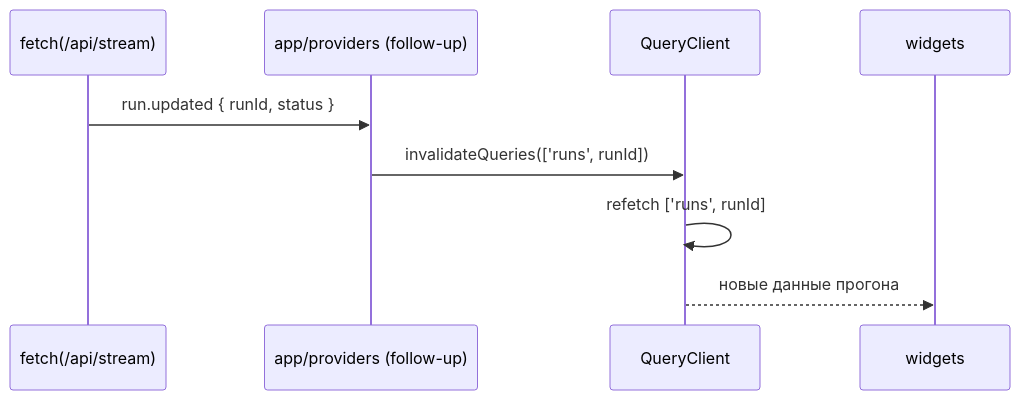
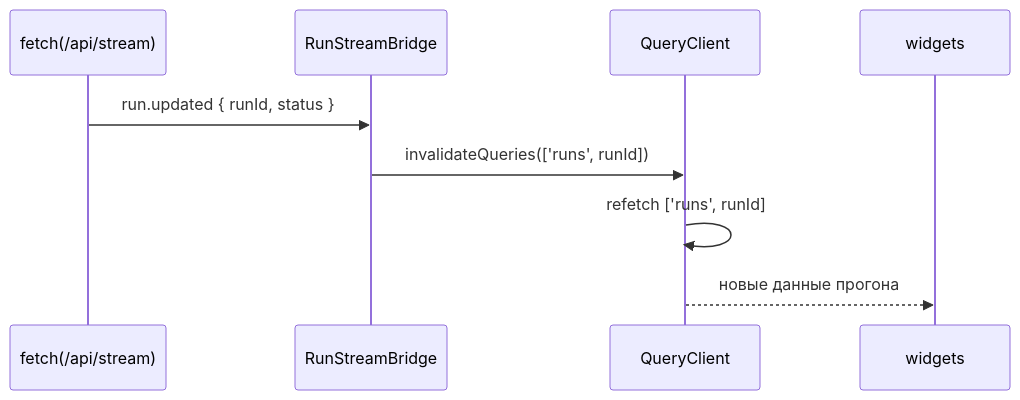
The second of 3 diagrams in docs/FRONTEND_ARCHITECTURE.md (larchanka-training/dmc-268-ui-t6), drawn with Mermaid before and after one commit. The commit also changed other lines of this file and 98 other files, not shown here.

````diff
--- a/docs/FRONTEND_ARCHITECTURE.md
+++ b/docs/FRONTEND_ARCHITECTURE.md
@@ -298,12 +341,12 @@
 ```mermaid
 sequenceDiagram
   participant SSE as fetch(/api/stream)
-  participant Bridge as app/providers (follow-up)
+  participant Bridge as RunStreamBridge
   participant QC as QueryClient
   participant UI as widgets
 
   SSE->>Bridge: run.updated { runId, status }
   Bridge->>QC: invalidateQueries(['runs', runId])
   QC->>QC: refetch ['runs', runId]
   QC-->>UI: новые данные прогона
 ```
````
